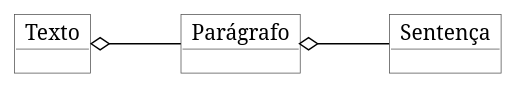
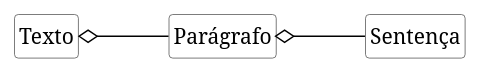
The diagram in imagens/modelos-01/imagem-04/mod01ima04.plantuml (kyriosdata/oo), drawn with PlantUML before and after one commit. The commit also changed 5 other files, not shown here.

```diff
--- a/imagens/modelos-01/imagem-04/mod01ima04.plantuml
+++ b/imagens/modelos-01/imagem-04/mod01ima04.plantuml
@@ -1,18 +1,20 @@
 @startuml mod01ima04
 
+hide circle
+hide methods
+hide empty members
 
-
-skinparam object {
+skinparam class {
     BackgroundColor White
     ArrowColor Black
     BorderColor #505050
 }
 
 
-object "Texto" as o1
-object "Parágrafo" as o2
-object "Sentença" as o3
+class "Texto" as o1
+class "Parágrafo" as o2
+class "Sentença" as o3
 left to right direction
 o1 o-- o2 
 o2 o-- o3
 @enduml
```
